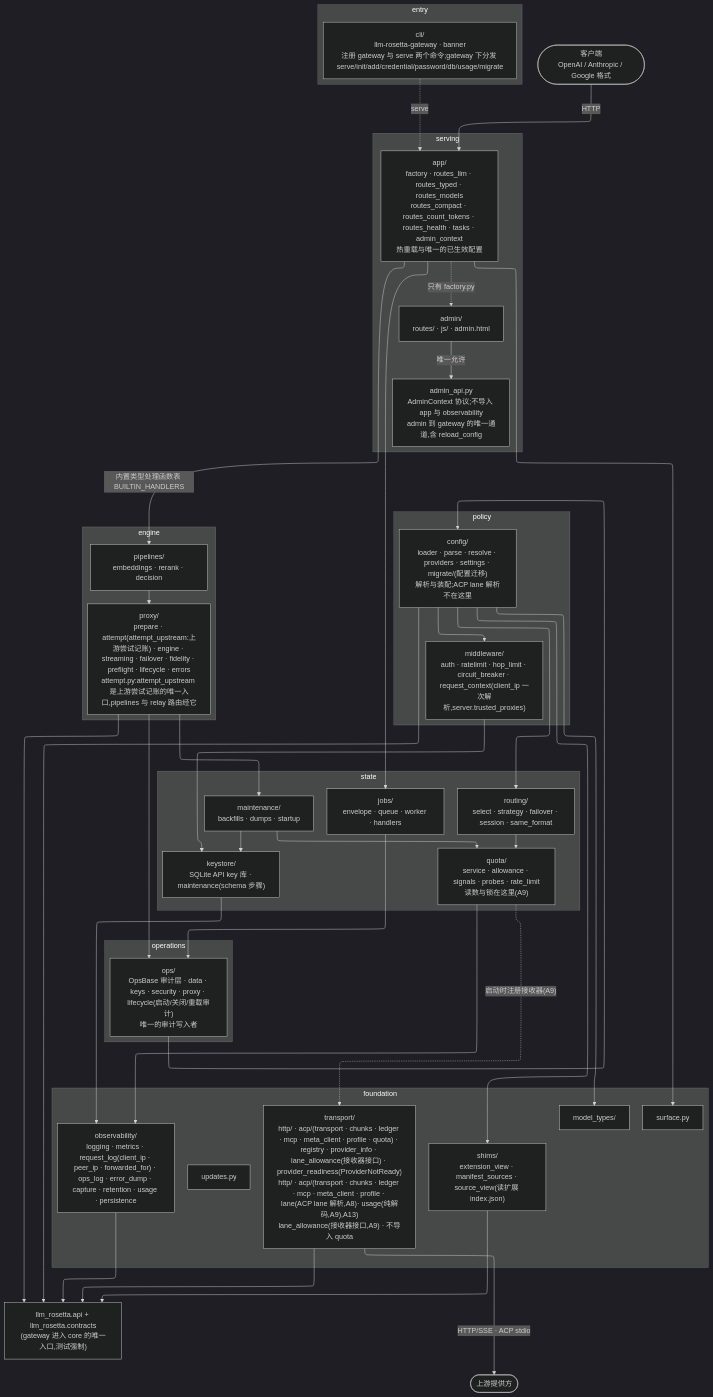
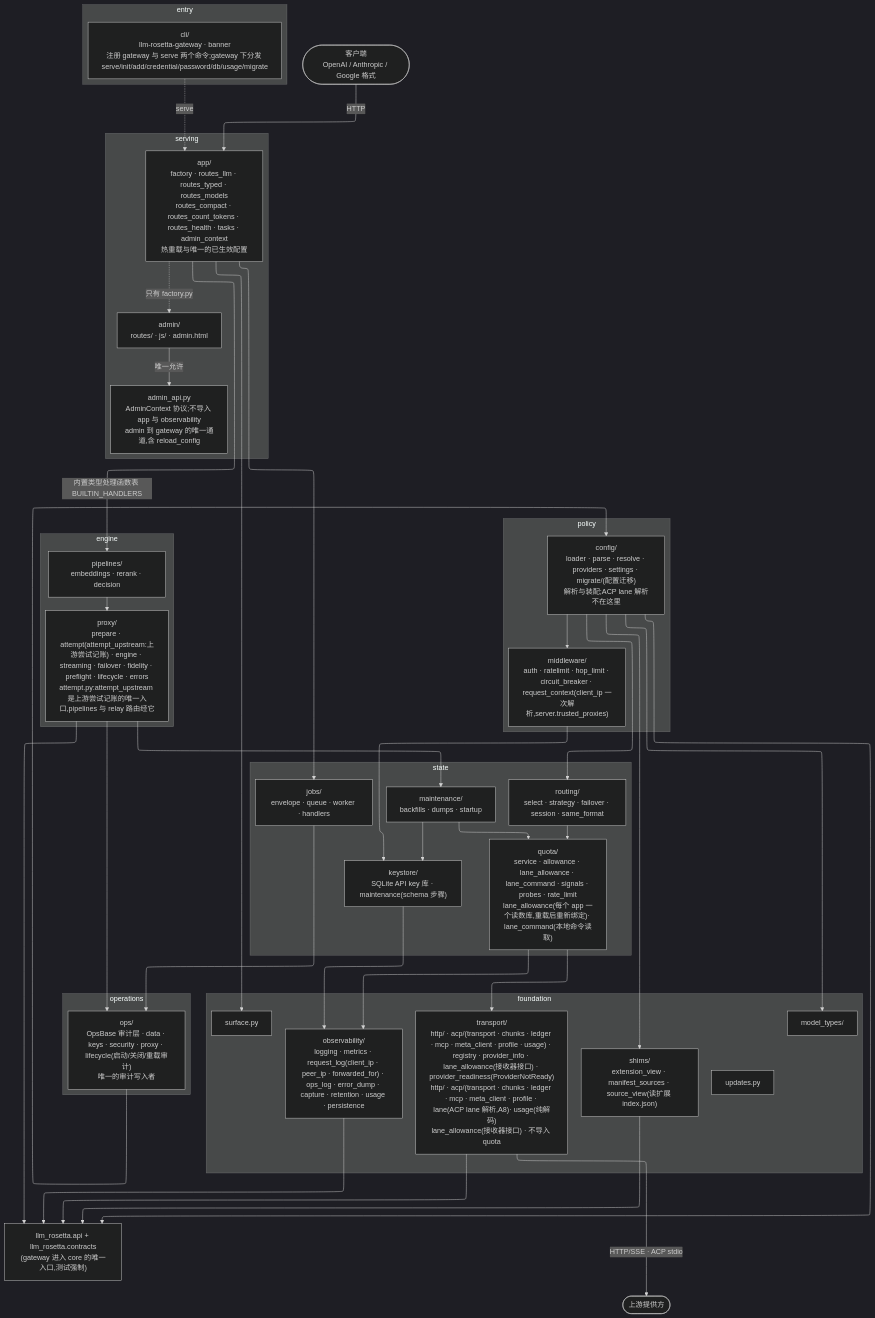
The diagram in gap_ideal.mmd (Oaklight/llm-rosetta), drawn with Mermaid (dark theme) before and after one commit. The commit also changed 6 other files, not shown here.

Commit message:
diagrams: the lane allowance store lives in quota/ (#1830 A9 PR 2)

```diff
--- a/gap_ideal.mmd
+++ b/gap_ideal.mmd
@@ -1,71 +1,71 @@
 ---
 config:
   layout: elk
 ---
 flowchart TB
   subgraph STATE["state"]
     KEYSTORE["keystore/<br/>SQLite API key 库 · maintenance(schema 步骤)"]
     MAINT["maintenance/<br/>backfills · dumps · startup"]
     JOBS["jobs/<br/>envelope · queue · worker · handlers"]
-    QUOTA["quota/<br/>service · allowance · signals · probes · rate_limit<br/>读数与锁在这里(A9)"]
+    QUOTA["quota/<br/>service · allowance · lane_allowance · lane_command · signals · probes · rate_limit<br/>lane_allowance(每个 app 一个读数库,重载后重新绑定)· lane_command(本地命令读取)"]
     ROUTING["routing/<br/>select · strategy · failover · session · same_format"]
   end
   subgraph POLICY["policy"]
     CONFIG["config/<br/>loader · parse · resolve · providers · settings · migrate/(配置迁移)<br/>解析与装配;ACP lane 解析不在这里"]
     MW["middleware/<br/>auth · ratelimit · hop_limit · circuit_breaker · request_context(client_ip 一次解析,server.trusted_proxies)"]
   end
   subgraph FOUNDATION["foundation"]
-    TRANSPORT["transport/<br/>http/ · acp/(transport · chunks · ledger · mcp · meta_client · profile · quota) · registry · provider_info · lane_allowance(接收器接口) · provider_readiness(ProviderNotReady)<br/>http/ · acp/(transport · chunks · ledger · mcp · meta_client · profile · lane(ACP lane 解析,A8)· usage(纯解码,A9),A13)<br/>lane_allowance(接收器接口,A9) · 不导入 quota"]
+    TRANSPORT["transport/<br/>http/ · acp/(transport · chunks · ledger · mcp · meta_client · profile · usage) · registry · provider_info · lane_allowance(接收器接口) · provider_readiness(ProviderNotReady)<br/>http/ · acp/(transport · chunks · ledger · mcp · meta_client · profile · lane(ACP lane 解析,A8)· usage(纯解码)<br/>lane_allowance(接收器接口) · 不导入 quota"]
     SURF["surface.py"]
     OBS["observability/<br/>logging · metrics · request_log(client_ip · peer_ip · forwarded_for) · ops_log · error_dump · capture · retention · usage · persistence"]
     UPD["updates.py"]
     MT["model_types/"]
     SHIMS["shims/<br/>extension_view · manifest_sources · source_view(读扩展 index.json)"]
   end
   subgraph ENGINE["engine"]
     PROXY["proxy/<br/>prepare · attempt(attempt_upstream:上游尝试记账) · engine · streaming · failover · fidelity · preflight · lifecycle · errors<br/>attempt.py:attempt_upstream 是上游尝试记账的唯一入口,pipelines 与 relay 路由经它"]
     PIPES["pipelines/<br/>embeddings · rerank · decision"]
   end
   subgraph OPERATIONS["operations"]
     OPS["ops/<br/>OpsBase 审计层 · data · keys · security · proxy · lifecycle(启动/关闭/重载审计)<br/>唯一的审计写入者"]
   end
   subgraph ENTRY["entry"]
     CLI["cli/<br/>llm-rosetta-gateway · banner<br/>注册 gateway 与 serve 两个命令;gateway 下分发 serve/init/add/credential/password/db/usage/migrate"]
   end
   CLIENT(["客户端<br/>OpenAI / Anthropic / Google 格式"])
   CORE["llm_rosetta.api + llm_rosetta.contracts<br/>(gateway 进入 core 的唯一入口,测试强制)"]
   UP(["上游提供方"])
   subgraph SERVING["serving"]
     ADMINAPI["admin_api.py<br/>AdminContext 协议;不导入 app 与 observability<br/>admin 到 gateway 的唯一通道,含 reload_config"]
     ADMIN["admin/<br/>routes/ · js/ · admin.html"]
     APP["app/<br/>factory · routes_llm · routes_typed · routes_models<br/>routes_compact · routes_count_tokens · routes_health · tasks · admin_context<br/>热重载与唯一的已生效配置"]
   end
   ADMIN -->|"唯一允许"| ADMINAPI
   APP -.->|"只有 factory.py"| ADMIN
   APP --> JOBS
   APP -->|"内置类型处理函数表 BUILTIN_HANDLERS"| PIPES
   APP --> SURF
   CLI -.->|"serve"| APP
   CONFIG --> MW
   CONFIG --> MT
   CONFIG --> ROUTING
   CONFIG --> SHIMS
   JOBS --> OPS
   KEYSTORE --> OBS
   MAINT --> KEYSTORE
   MAINT --> QUOTA
   MW --> KEYSTORE
   OPS --> CONFIG
   PIPES --> PROXY
   PROXY --> MAINT
   PROXY --> OPS
   QUOTA --> OBS
-  QUOTA -.->|"启动时注册接收器(A9)"| TRANSPORT
+  QUOTA --> TRANSPORT
   ROUTING --> QUOTA
   CONFIG --> CORE
   TRANSPORT -->|HTTP/SSE · ACP stdio| UP
   OBS --> CORE
   SHIMS --> CORE
   TRANSPORT --> CORE
   CLIENT -->|HTTP| APP
   PROXY --> CORE
```
